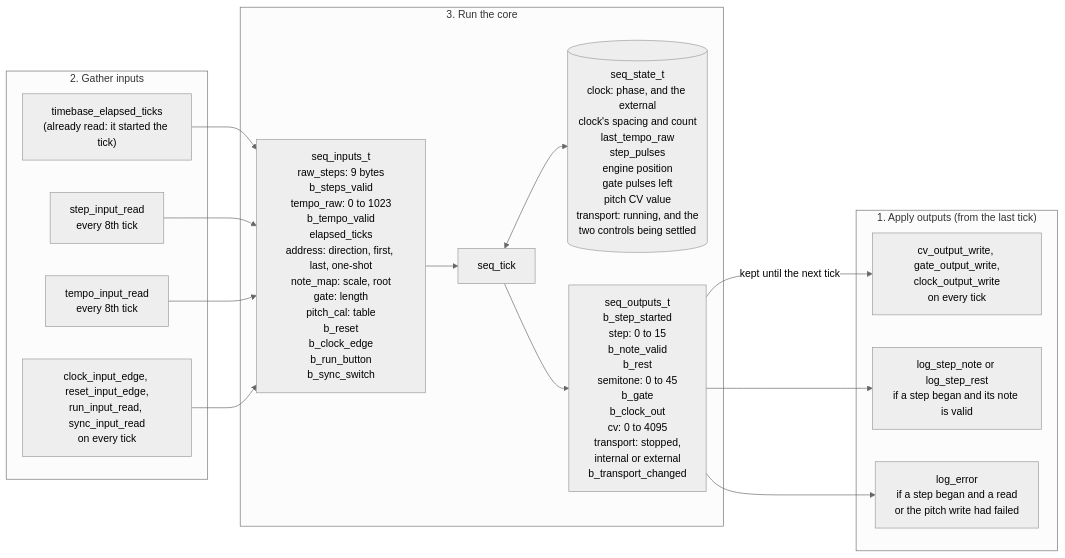
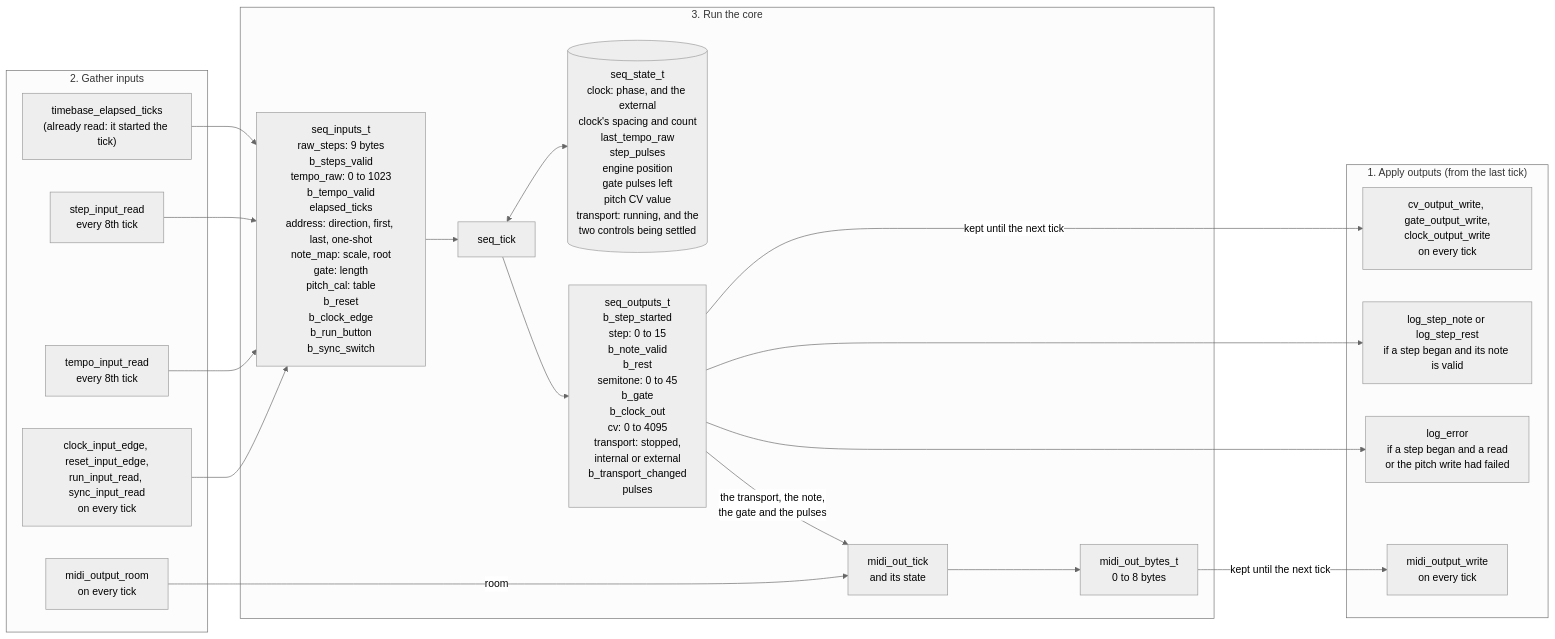
One commit to BonelessPig/nano_sequencer changed the fifth of 28 diagrams in docs/ARCHITECTURE.md. Above: the diagram before and after it, drawn with Mermaid (neutral theme). The commit also changed other lines of this file and 46 other files, not shown here.

First line of the commit message:
Phase 10, first piece: MIDI out

````diff
--- a/docs/ARCHITECTURE.md
+++ b/docs/ARCHITECTURE.md
@@ -240,30 +250,38 @@
 ```mermaid
 flowchart LR
     subgraph apply["1. Apply outputs (from the last tick)"]
         pins["cv_output_write, gate_output_write,<br/>clock_output_write<br/>on every tick"]
+        midiw["midi_output_write<br/>on every tick"]
         logn["log_step_note or log_step_rest<br/>if a step began and its note is valid"]
         loge["log_error<br/>if a step began and a read<br/>or the pitch write had failed"]
     end
     subgraph gather["2. Gather inputs"]
         tb["timebase_elapsed_ticks<br/>(already read: it started the tick)"]
         sr["step_input_read<br/>every 8th tick"]
         tr["tempo_input_read<br/>every 8th tick"]
         ti["clock_input_edge, reset_input_edge,<br/>run_input_read, sync_input_read<br/>on every tick"]
+        mr["midi_output_room<br/>on every tick"]
     end
     subgraph run["3. Run the core"]
         in["seq_inputs_t<br/>raw_steps: 9 bytes<br/>b_steps_valid<br/>tempo_raw: 0 to 1023<br/>b_tempo_valid<br/>elapsed_ticks<br/>address: direction, first, last, one-shot<br/>note_map: scale, root<br/>gate: length<br/>pitch_cal: table<br/>b_reset<br/>b_clock_edge<br/>b_run_button<br/>b_sync_switch"]
         tick["seq_tick"]
         state[("seq_state_t<br/>clock: phase, and the external<br/>clock's spacing and count<br/>last_tempo_raw<br/>step_pulses<br/>engine position<br/>gate pulses left<br/>pitch CV value<br/>transport: running, and the<br/>two controls being settled")]
-        out["seq_outputs_t<br/>b_step_started<br/>step: 0 to 15<br/>b_note_valid<br/>b_rest<br/>semitone: 0 to 45<br/>b_gate<br/>b_clock_out<br/>cv: 0 to 4095<br/>transport: stopped,<br/>internal or external<br/>b_transport_changed"]
+        out["seq_outputs_t<br/>b_step_started<br/>step: 0 to 15<br/>b_note_valid<br/>b_rest<br/>semitone: 0 to 45<br/>b_gate<br/>b_clock_out<br/>cv: 0 to 4095<br/>transport: stopped,<br/>internal or external<br/>b_transport_changed<br/>pulses"]
+        mtick["midi_out_tick<br/>and its state"]
+        mbytes["midi_out_bytes_t<br/>0 to 8 bytes"]
     end
     tb --> in
     sr --> in
     tr --> in
     ti --> in
     in --> tick
     tick <--> state
     tick --> out
     out -->|"kept until the next tick"| pins
     out --> logn
     out --> loge
+    out -->|"the transport, the note,<br/>the gate and the pulses"| mtick
+    mr -->|"room"| mtick
+    mtick --> mbytes
+    mbytes -->|"kept until the next tick"| midiw
 ```
````
